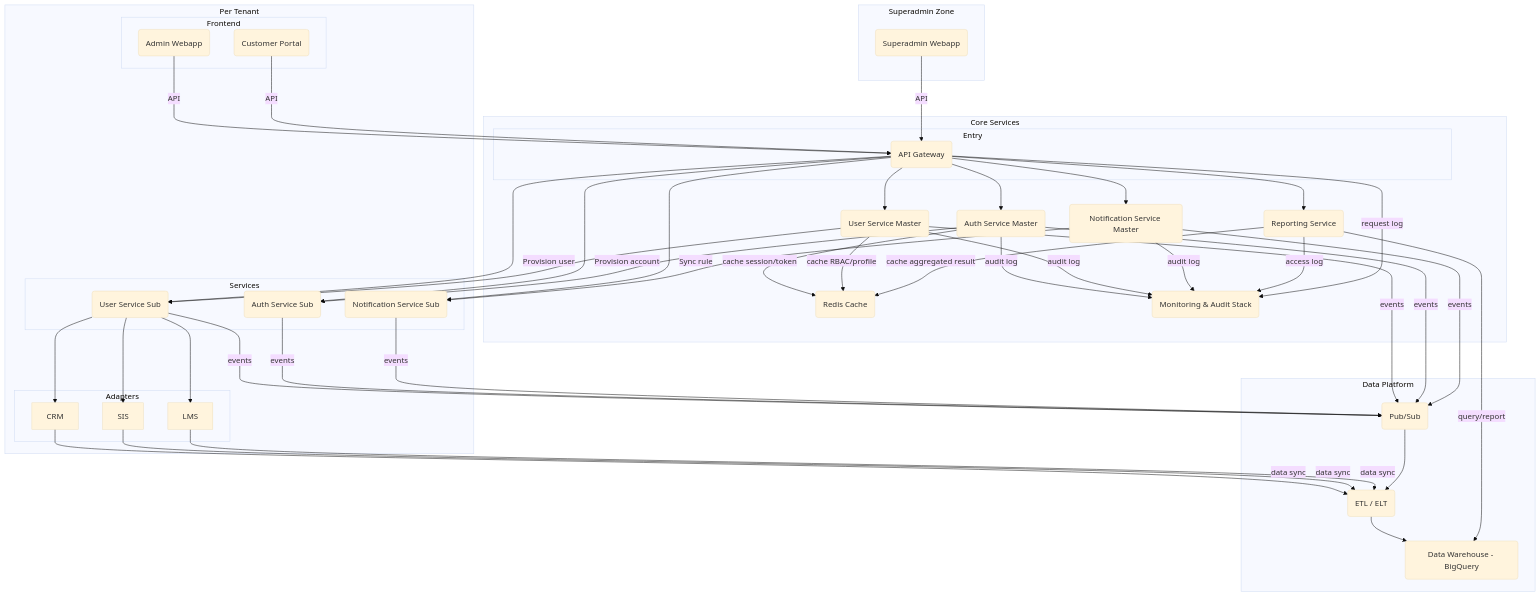
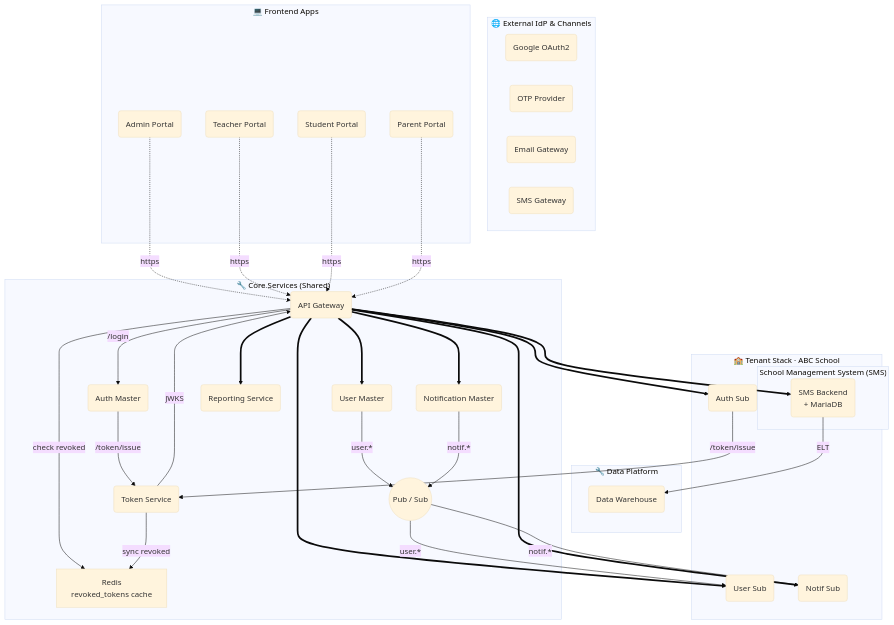
Before and after one commit to ezdesign-vn/dx-vas: the first of 10 diagrams in docs/architecture/system-diagrams.md, drawn with Mermaid (base theme). The commit also changed other lines of this file, not shown here.

````diff
--- a/docs/architecture/system-diagrams.md
+++ b/docs/architecture/system-diagrams.md
@@ -33,103 +28,82 @@
 ```mermaid
 flowchart TD
-  %% SUPERADMIN
-  subgraph SuperadminZone [Superadmin Zone]
-    SuperadminWebapp(Superadmin Webapp)
+  %% ======= EXTERNAL =======
+  subgraph ext ["🌐 External IdP & Channels"]
+    GoogleOAuth(Google OAuth2)
+    OTPProv(OTP Provider)
+    EmailSvc(Email Gateway)
+    SMSSvc(SMS Gateway)
   end
 
-  %% TENANT ZONE
-  subgraph Tenant [Per Tenant]
-    subgraph Frontend
-      AdminWebapp(Admin Webapp)
-      CustomerPortal(Customer Portal)
-    end
-
-    subgraph TenantInfra [Services]
-      UserSub(User Service Sub)
-      AuthSub(Auth Service Sub)
-      NotificationSub(Notification Service Sub)
-    end
-
-    subgraph ExternalAdapters [Adapters]
-      CRM
-      SIS
-      LMS
-    end
+  %% ======= FRONTEND =======
+  subgraph fe ["💻 Frontend Apps"]
+    AdminPortal(Admin Portal)
+    TeacherPortal(Teacher Portal)
+    StudentPortal(Student Portal)
+    ParentPortal(Parent Portal)
   end
 
-  %% CORE SERVICES
-  subgraph CoreServices [Core Services]
-    subgraph Entry
-      %% API GATEWAY
-      APIGateway(API Gateway)
-    end
-    UserMaster(User Service Master)
-    AuthMaster(Auth Service Master)
-    NotificationMaster(Notification Service Master)
-    ReportingService(Reporting Service)
-    RedisCache(Redis Cache)
-    MonitoringStack(Monitoring & Audit Stack)
+  %% ======= CORE SERVICES =======
+  subgraph core ["🔧 Core Services (Shared)"]
+    APIGW(API Gateway)
+    TokenSvc(Token Service)
+    AuthM(Auth Master)
+    UserM(User Master)
+    NotifM(Notification Master)
+    RedisRev[Redis<br/>revoked_tokens cache]
+    ReportSvc(Reporting Service)
+    PubSub((Pub / Sub))
   end
 
-  %% DATA PLATFORM
-  subgraph DataInfra [Data Platform]
-    PubSub(Pub/Sub)
-    ETL(ETL / ELT)
-    DataWarehouse(Data Warehouse - BigQuery)
+  %% ======= DATA PLATFORM =======
+  subgraph db ["🔧 Data Platform"]
+    BQ(Data Warehouse)
   end
 
-  %% FLOW: SUPERADMIN & GATEWAY
-  SuperadminWebapp -->|API| APIGateway
-  AdminWebapp -->|API| APIGateway
-  CustomerPortal -->|API| APIGateway
+  %% ======= TENANT STACK EXAMPLE =======
+  subgraph tenantA ["🏫 Tenant Stack · ABC School"]
+    subgraph smsgrp ["School Management System (SMS)"]
+      SMS(SMS Backend<br/>+ MariaDB)
+    end
+    AuthSub(Auth Sub)
+    UserSub(User Sub)
+    NotifSub(Notif Sub)
+  end
 
-  %% FLOW: API TO CORE
-  APIGateway --> UserMaster
-  APIGateway --> AuthMaster
-  APIGateway --> NotificationMaster
-  APIGateway --> ReportingService
+  %% ======= FLOWS =======
+  %% Front-door
+  AdminPortal -. https .-> APIGW
+  TeacherPortal -. https .-> APIGW
+  StudentPortal -. https .-> APIGW
+  ParentPortal  -. https .-> APIGW
 
-  %% FLOW: API TO TENANT SUB SERVICES
-  APIGateway --> UserSub
-  APIGateway --> AuthSub
-  APIGateway --> NotificationSub
+  %% Auth & Token
+  APIGW -->|/login| AuthM
+  AuthM -->|/token/issue| TokenSvc
+  AuthSub -->|/token/issue| TokenSvc
+  TokenSvc -- JWKS --> APIGW
 
-  %% FLOW: SYNC MASTER -> SUB
-  UserMaster -->|Provision user| UserSub
-  AuthMaster -->|Provision account| AuthSub
-  NotificationMaster -->|Sync rule| NotificationSub
+  %% Revoked-token check
+  APIGW -->|check revoked| RedisRev
+  TokenSvc -->|sync revoked| RedisRev
 
-  %% FLOW: TENANT SERVICE TO ADAPTERS (Operational APIs)
-  UserSub --> CRM
-  UserSub --> SIS
-  UserSub --> LMS
+  %% Core routing
+  APIGW ==> UserM
+  APIGW ==> NotifM
+  APIGW ==> ReportSvc
 
-  %% FLOW: ANALYTICS PIPELINES (into DW)
-  CRM -->|data sync| ETL
-  SIS -->|data sync| ETL
-  LMS -->|data sync| ETL
+  %% Tenant routing
+  APIGW ==> AuthSub
+  APIGW ==> UserSub
+  APIGW ==> NotifSub
+  APIGW ==> SMS
 
-  UserSub -->|events| PubSub
-  AuthSub -->|events| PubSub
-  NotificationSub -->|events| PubSub
+  %% Event fan-out
+  UserM -- "user.*" --> PubSub
+  NotifM -- "notif.*" --> PubSub
+  PubSub -- "user.*" --> UserSub
+  PubSub -- "notif.*" --> NotifSub
 
-  UserMaster -->|events| PubSub
-  AuthMaster -->|events| PubSub
-  NotificationMaster -->|events| PubSub
-
-  PubSub --> ETL
-  ETL --> DataWarehouse
-  ReportingService -->|query/report| DataWarehouse
-
-  %% Redis Cache Flow
-  AuthMaster -->|cache session/token| RedisCache
-  UserMaster -->|cache RBAC/profile| RedisCache
-  ReportingService -->|cache aggregated result| RedisCache
-
-  %% Monitoring & Audit Flow
-  AuthMaster -->|audit log| MonitoringStack
-  UserMaster -->|audit log| MonitoringStack
-  NotificationMaster -->|audit log| MonitoringStack
-  ReportingService -->|access log| MonitoringStack
-  APIGateway -->|request log| MonitoringStack
+  %% ELT (simplified)
+  SMS -- "ELT" --> BQ
 ```
````
